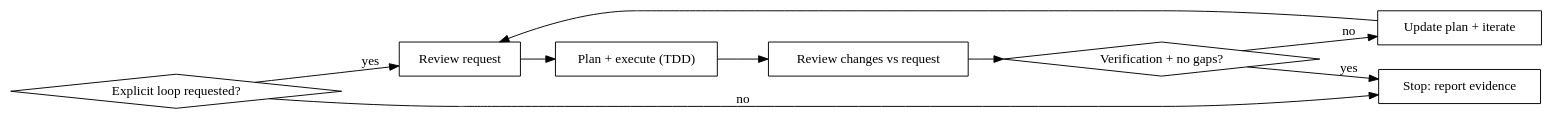
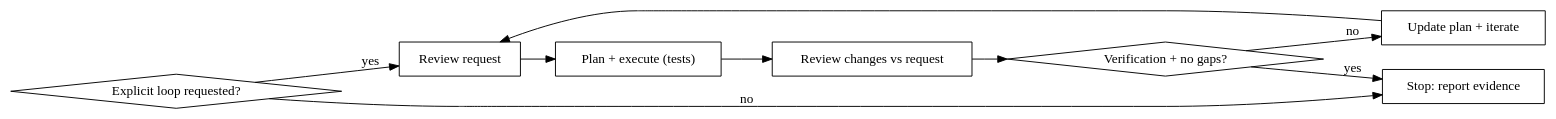
The diagram in skills/loop-until-done/SKILL.md (dacheng-gao/ai), drawn with Graphviz before and after one commit. The commit also changed other lines of this file and 11 other files, not shown here.

````diff
--- a/skills/loop-until-done/SKILL.md
+++ b/skills/loop-until-done/SKILL.md
@@ -23,19 +22,19 @@
 ```dot
 digraph loop_until_done {
     rankdir=LR;
     start [label="Explicit loop requested?", shape=diamond];
     review [label="Review request", shape=box];
-    plan [label="Plan + execute (TDD)", shape=box];
+    plan [label="Plan + execute (tests)", shape=box];
     check [label="Review changes vs request", shape=box];
     verify [label="Verification + no gaps?", shape=diamond];
     stop [label="Stop: report evidence", shape=box];
     iterate [label="Update plan + iterate", shape=box];
 
     start -> review [label="yes"];
     start -> stop [label="no"];
     review -> plan -> check -> verify;
     verify -> stop [label="yes"];
     verify -> iterate [label="no"];
     iterate -> review;
 }
 ```
````
